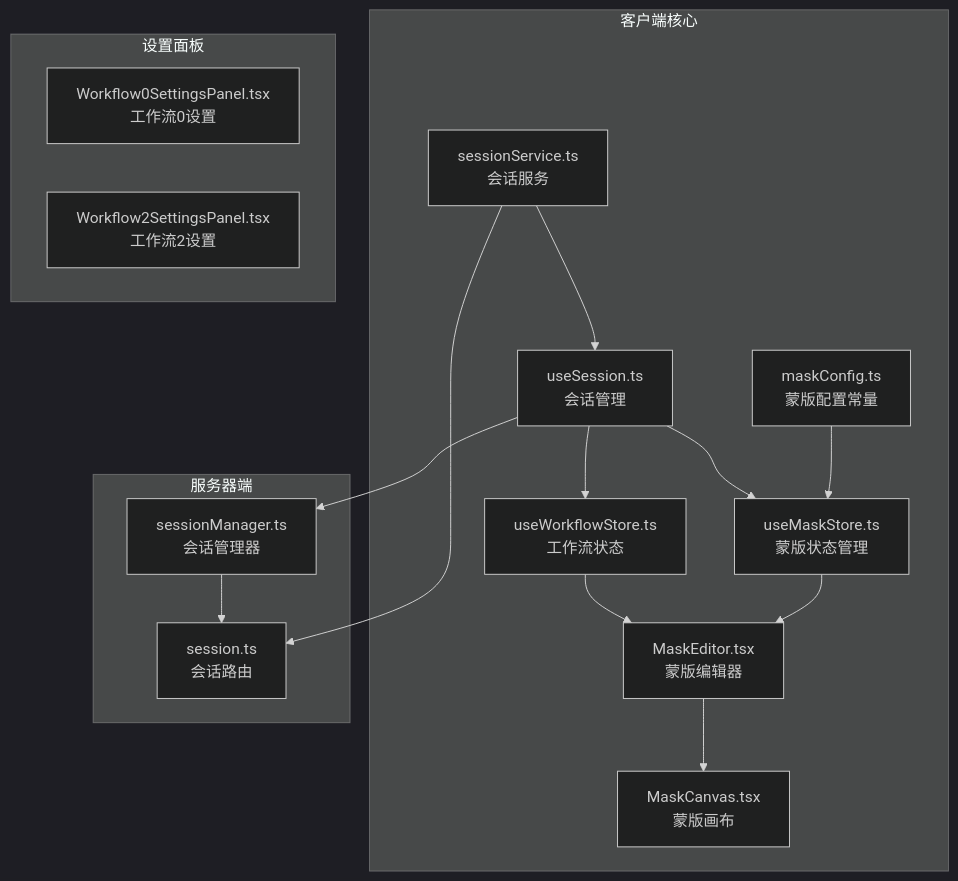
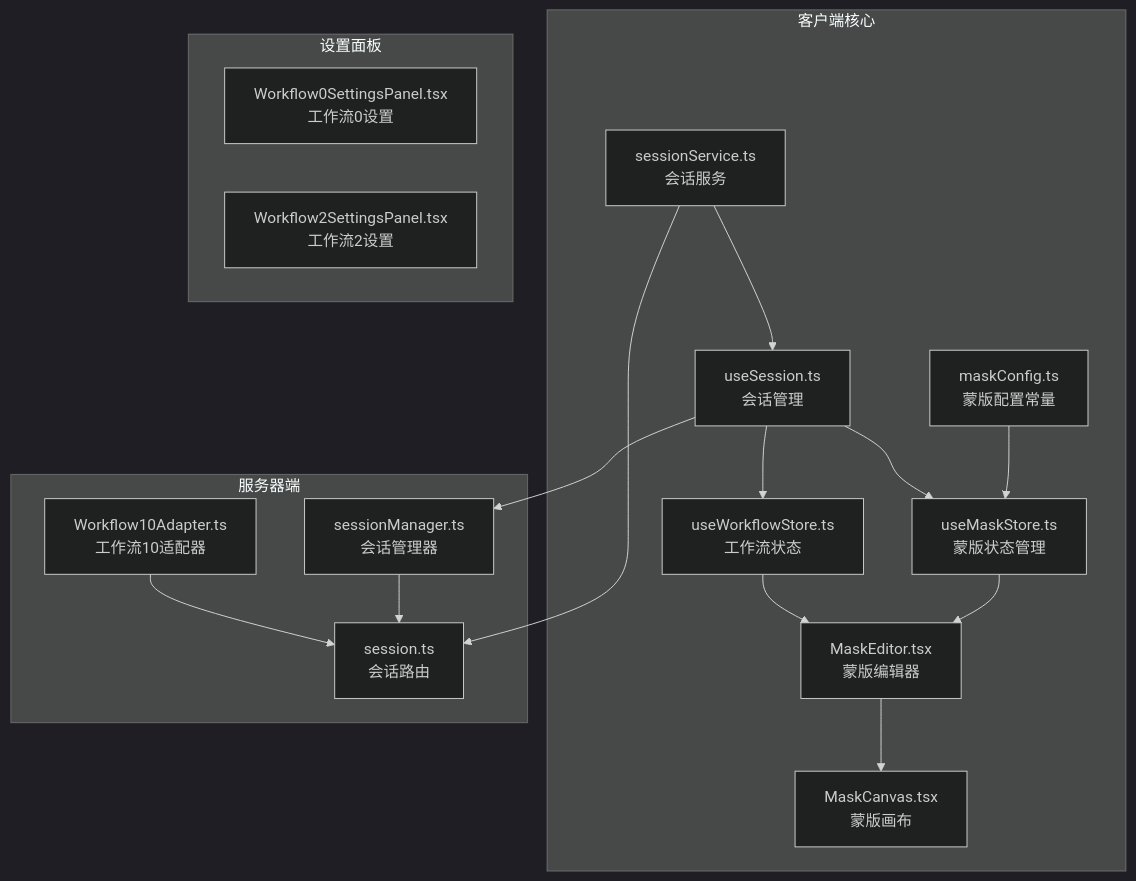
One commit to billye220670/CorineKit_Pix2Real changed the first of 12 diagrams in .qoder/repowiki/zh/content/用户界面组件/专业功能组件/蒙版编辑系统/蒙版配置管理系统.md. Above: the diagram before and after it, drawn with Mermaid (dark theme). The commit also changed other lines of this file and 21 other files, not shown here.

````diff
--- a/.qoder/repowiki/zh/content/用户界面组件/专业功能组件/蒙版编辑系统/蒙版配置管理系统.md
+++ b/.qoder/repowiki/zh/content/用户界面组件/专业功能组件/蒙版编辑系统/蒙版配置管理系统.md
@@ -40,30 +50,32 @@
 ```mermaid
 graph TB
 subgraph "客户端核心"
 A[maskConfig.ts<br/>蒙版配置常量]
 B[useMaskStore.ts<br/>蒙版状态管理]
 C[MaskEditor.tsx<br/>蒙版编辑器]
 D[MaskCanvas.tsx<br/>蒙版画布]
 E[useWorkflowStore.ts<br/>工作流状态]
 F[useSession.ts<br/>会话管理]
 G[sessionService.ts<br/>会话服务]
 end
 subgraph "服务器端"
 H[sessionManager.ts<br/>会话管理器]
 I[session.ts<br/>会话路由]
+J[Workflow10Adapter.ts<br/>工作流10适配器]
 end
 subgraph "设置面板"
-J[Workflow0SettingsPanel.tsx<br/>工作流0设置]
-K[Workflow2SettingsPanel.tsx<br/>工作流2设置]
+K[Workflow0SettingsPanel.tsx<br/>工作流0设置]
+L[Workflow2SettingsPanel.tsx<br/>工作流2设置]
 end
 A --> B
 B --> C
 C --> D
 E --> C
 F --> B
 F --> E
 G --> F
 H --> I
 F --> H
 G --> I
+J --> I
 ```
````
